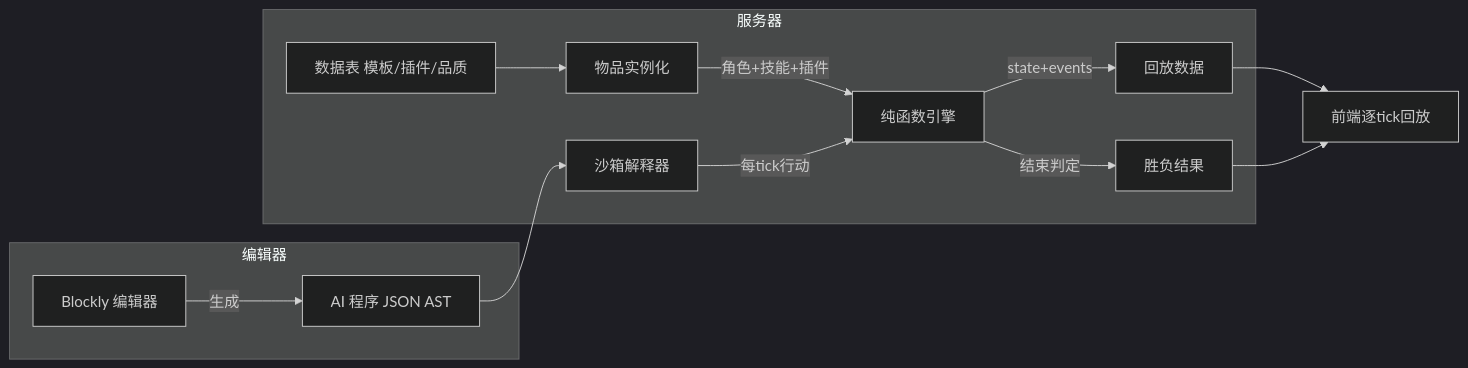
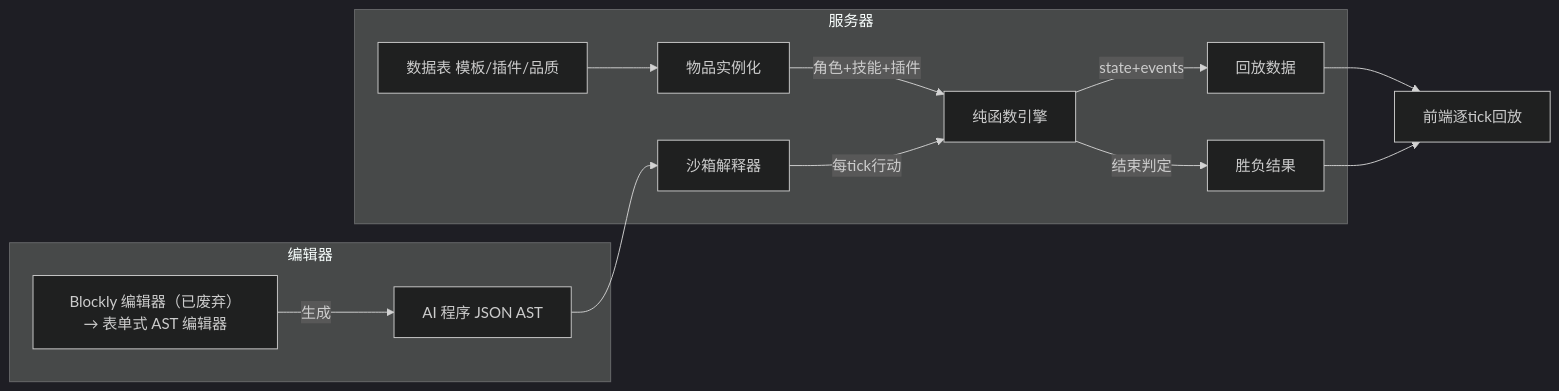
The diagram in docs/v3-design.md (Guocj12/Debug-lite), drawn with Mermaid (dark theme) before and after one commit. The commit also changed other lines of this file and 59 other files, not shown here.

````diff
--- a/docs/v3-design.md
+++ b/docs/v3-design.md
@@ -146,16 +158,16 @@
 ```mermaid
 flowchart LR
     subgraph 编辑器
-        B[Blockly 编辑器] -->|生成| AST[AI 程序 JSON AST]
+        B[Blockly 编辑器（已废弃）→ 表单式 AST 编辑器] -->|生成| AST[AI 程序 JSON AST]
     end
     subgraph 服务器
         AST --> RT[沙箱解释器]
         DB[数据表 模板/插件/品质] --> INST[物品实例化]
         INST -->|角色+技能+插件| ENG[纯函数引擎]
         RT -->|每tick行动| ENG
         ENG -->|state+events| REP[回放数据]
         ENG -->|结束判定| RES[胜负结果]
     end
     REP --> UI[前端逐tick回放]
     RES --> UI
 ```
````
